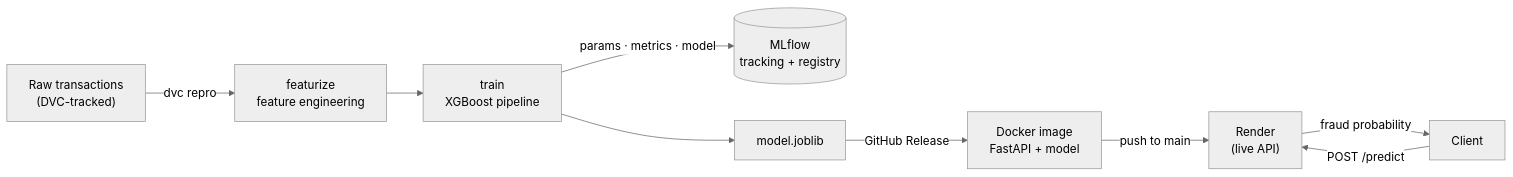
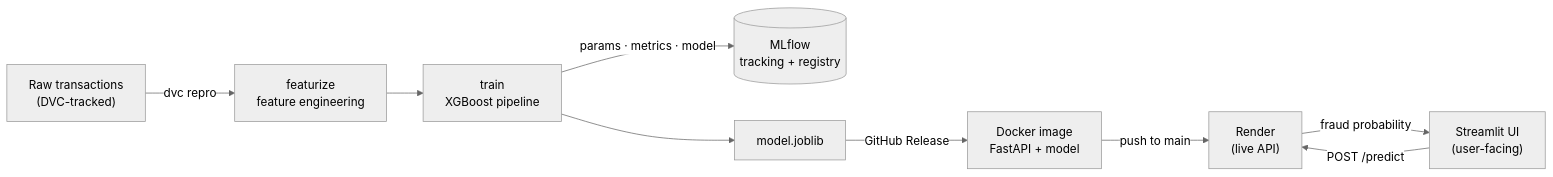
Before and after one commit to Hamody22-gif/fraud-detection-mlops: the diagram in README.md, drawn with Mermaid (neutral theme). The commit also changed other lines of this file, not shown here.

Commit message:
final README Version

````diff
--- a/README.md
+++ b/README.md
@@ -46,11 +46,12 @@
 ```mermaid
 flowchart LR
     A["Raw transactions<br/>(DVC-tracked)"] -->|dvc repro| B["featurize<br/>feature engineering"]
     B --> C["train<br/>XGBoost pipeline"]
     C -->|params · metrics · model| D[("MLflow<br/>tracking + registry")]
     C --> E["model.joblib"]
     E -->|GitHub Release| F["Docker image<br/>FastAPI + model"]
     F -->|push to main| G["Render<br/>(live API)"]
-    H["Client"] -->|POST /predict| G
-    G -->|fraud probability| H
+    UI["Streamlit UI<br/>(user-facing)"] -->|POST /predict| G
+    G -->|fraud probability| UI
+
 ```
````
